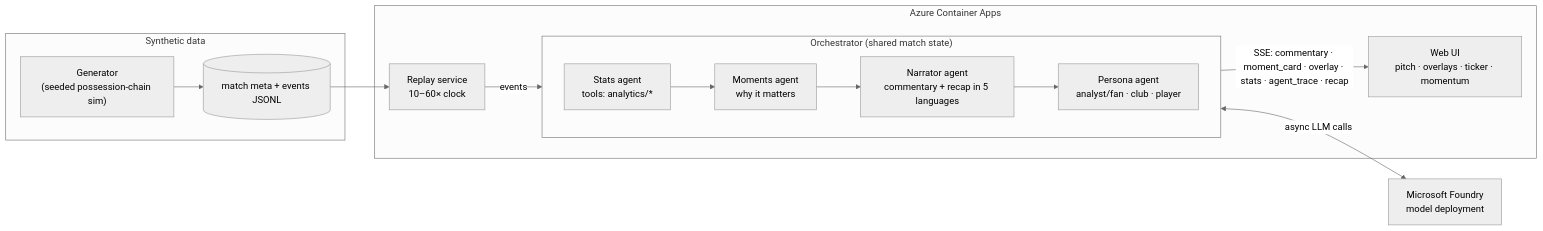
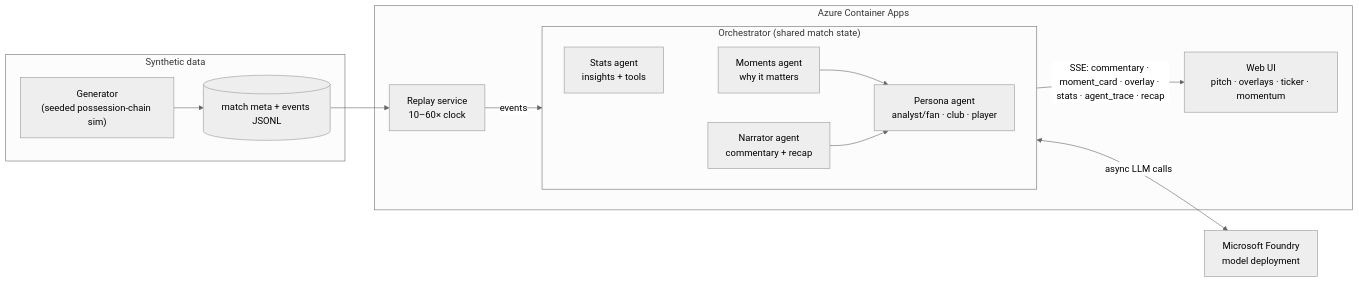
One commit to ismael-De/echo-pitch changed the diagram in README.md. Above: the diagram before and after it, drawn with Mermaid (neutral theme). The commit also changed other lines of this file and 10 other files, not shown here.

First line of the commit message:
Align README and architecture claims with the code (#1)

````diff
--- a/README.md
+++ b/README.md
@@ -55,21 +55,22 @@
 ```mermaid
 flowchart LR
   subgraph Data["Synthetic data"]
     G["Generator<br/>(seeded possession-chain sim)"] --> D[("match meta + events JSONL")]
   end
   D --> R["Replay service<br/>10–60× clock"]
   R -->|events| O
   subgraph O["Orchestrator (shared match state)"]
     direction LR
-    S["Stats agent<br/>tools: analytics/*"] --> M["Moments agent<br/>why it matters"]
-    M --> N["Narrator agent<br/>commentary + recap in 5 languages"]
-    N --> P["Persona agent<br/>analyst/fan · club · player"]
+    S["Stats agent<br/>insights + tools"]
+    M["Moments agent<br/>why it matters"] --> P["Persona agent<br/>analyst/fan · club · player"]
+    N["Narrator agent<br/>commentary + recap"] --> P
+    S ~~~ M
   end
   O <-->|"async LLM calls"| F["Microsoft Foundry<br/>model deployment"]
   O -->|"SSE: commentary · moment_card · overlay · stats · agent_trace · recap"| UI["Web UI<br/>pitch · overlays · ticker · momentum"]
   subgraph Azure["Azure Container Apps"]
     R
     O
     UI
   end
 ```
````
